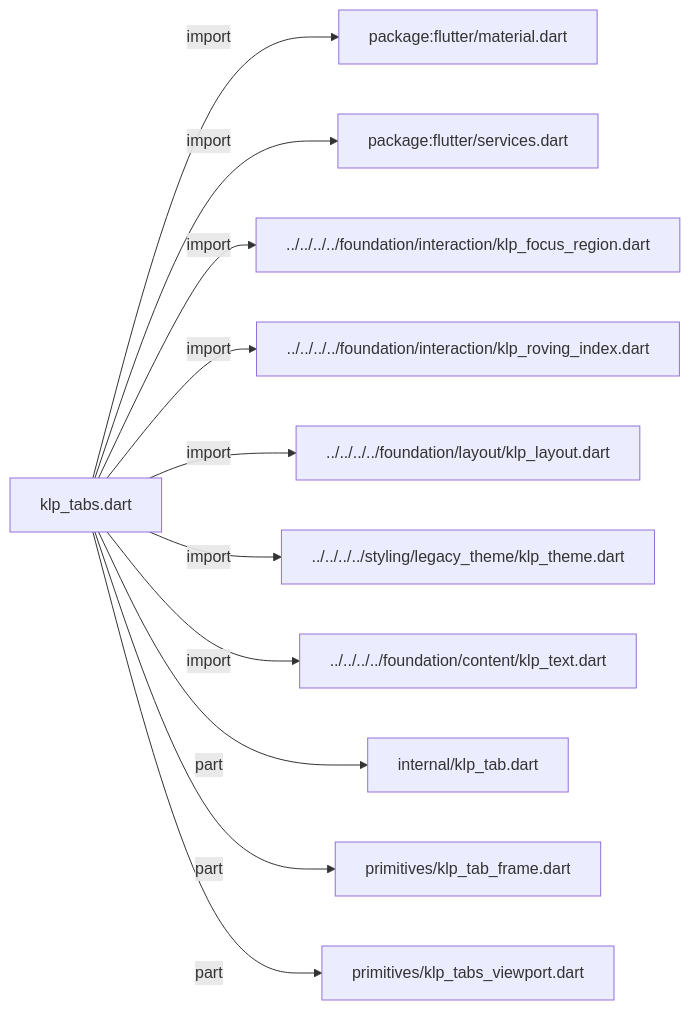
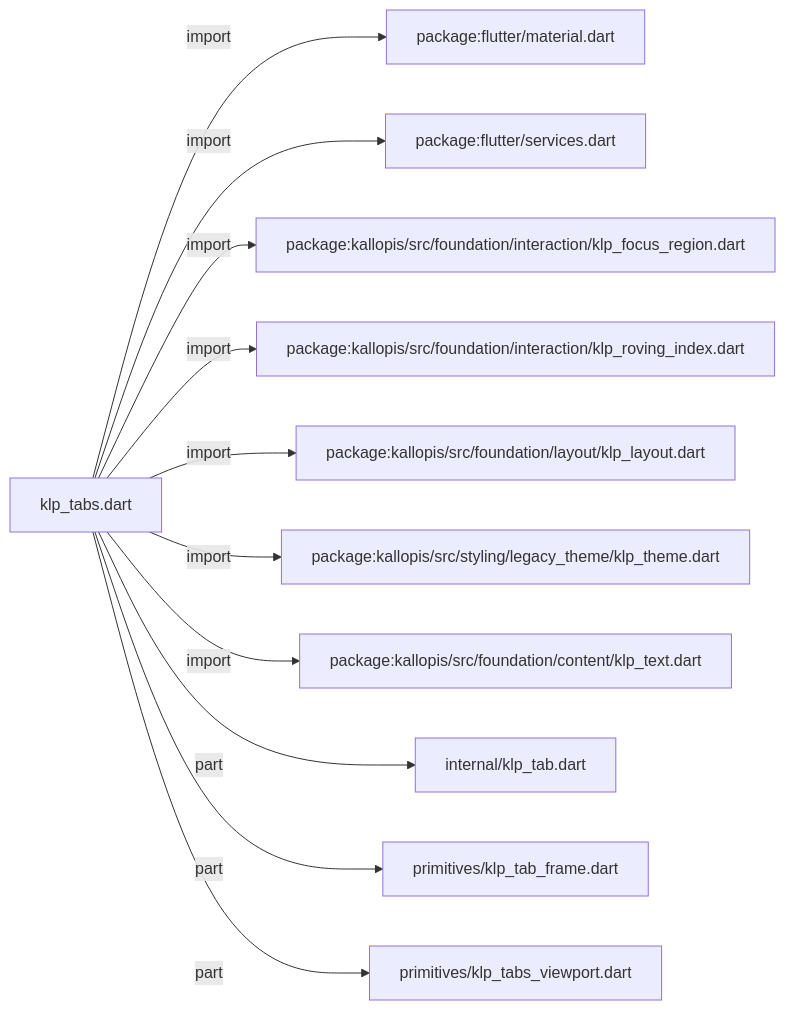
Before and after one commit to MiuDog/Kallopis: the first of 3 diagrams in docs/architecture/src/features/navigation/widgets/tabs/klp_tabs.md, drawn with Mermaid. The commit also changed other lines of this file and 9688 other files, not shown here.

Commit message:
Prepare isolated Flow F2 peer baseline

````diff
--- a/docs/architecture/src/features/navigation/widgets/tabs/klp_tabs.md
+++ b/docs/architecture/src/features/navigation/widgets/tabs/klp_tabs.md
@@ -11,24 +11,24 @@
 ```mermaid
 flowchart LR
 	n0["klp_tabs.dart"]
 	n1["package:flutter/material.dart"]
 	n2["package:flutter/services.dart"]
-	n3["../../../../foundation/interaction/klp_focus_region.dart"]
-	n4["../../../../foundation/interaction/klp_roving_index.dart"]
-	n5["../../../../foundation/layout/klp_layout.dart"]
-	n6["../../../../styling/legacy_theme/klp_theme.dart"]
-	n7["../../../../foundation/content/klp_text.dart"]
+	n3["package:kallopis/src/foundation/interaction/klp_focus_region.dart"]
+	n4["package:kallopis/src/foundation/interaction/klp_roving_index.dart"]
+	n5["package:kallopis/src/foundation/layout/klp_layout.dart"]
+	n6["package:kallopis/src/styling/legacy_theme/klp_theme.dart"]
+	n7["package:kallopis/src/foundation/content/klp_text.dart"]
 	n8["internal/klp_tab.dart"]
 	n9["primitives/klp_tab_frame.dart"]
 	n10["primitives/klp_tabs_viewport.dart"]
 	n0 -->|"import"| n1
 	n0 -->|"import"| n2
 	n0 -->|"import"| n3
 	n0 -->|"import"| n4
 	n0 -->|"import"| n5
 	n0 -->|"import"| n6
 	n0 -->|"import"| n7
 	n0 -->|"part"| n8
 	n0 -->|"part"| n9
 	n0 -->|"part"| n10
 ```
````
